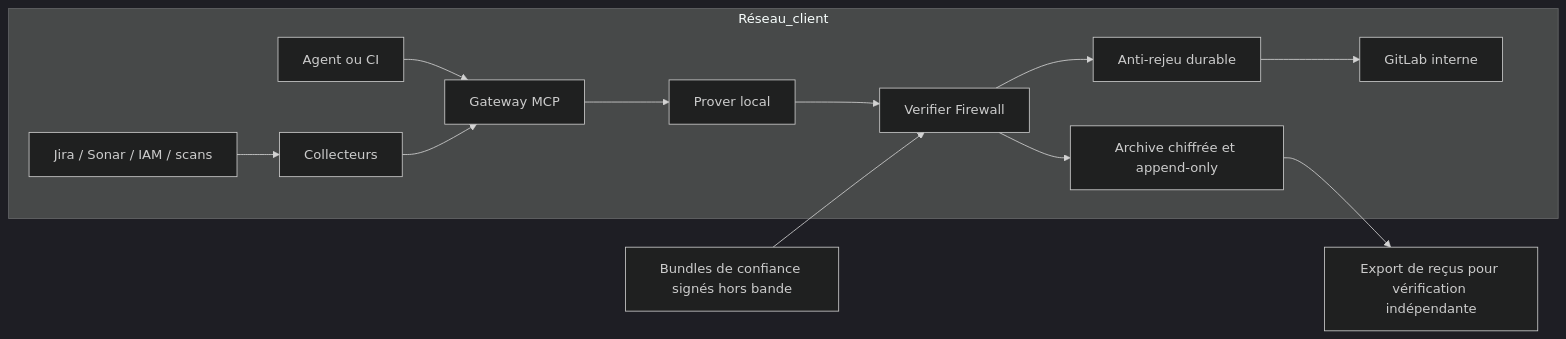
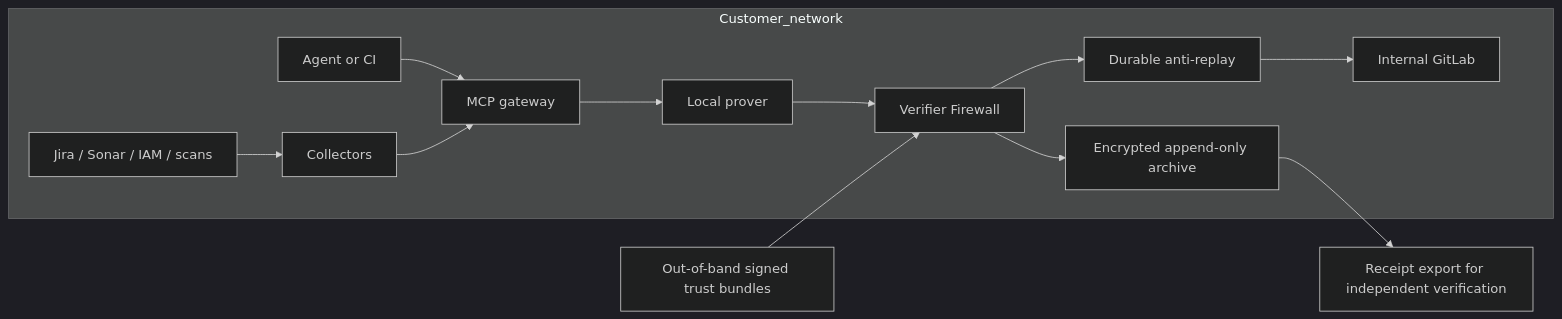
The third of 3 diagrams in docs/03-ARCHITECTURE.md (m4tth1euNa0p1c/ZK-agentiK), drawn with Mermaid (dark theme) before and after one commit. The commit also changed other lines of this file and 51 other files, not shown here.

````diff
--- a/docs/03-ARCHITECTURE.md
+++ b/docs/03-ARCHITECTURE.md
@@ -100,15 +98,15 @@
 ```mermaid
 flowchart LR
-  subgraph Réseau_client
-    A[Agent ou CI] --> M[Gateway MCP]
-    J[Jira / Sonar / IAM / scans] --> C[Collecteurs]
+  subgraph Customer_network
+    A[Agent or CI] --> M[MCP gateway]
+    J[Jira / Sonar / IAM / scans] --> C[Collectors]
     C --> M
-    M --> P[Prover local]
+    M --> P[Local prover]
     P --> F[Verifier Firewall]
-    F --> D[Anti-rejeu durable]
-    D --> L[GitLab interne]
-    F --> U[Archive chiffrée et append-only]
+    F --> D[Durable anti-replay]
+    D --> L[Internal GitLab]
+    F --> U[Encrypted append-only archive]
   end
-  T[Bundles de confiance signés hors bande] --> F
-  U --> E[Export de reçus pour vérification indépendante]
+  T[Out-of-band signed trust bundles] --> F
+  U --> E[Receipt export for independent verification]
 ```
````
